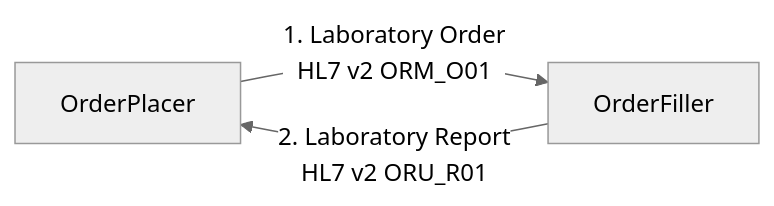
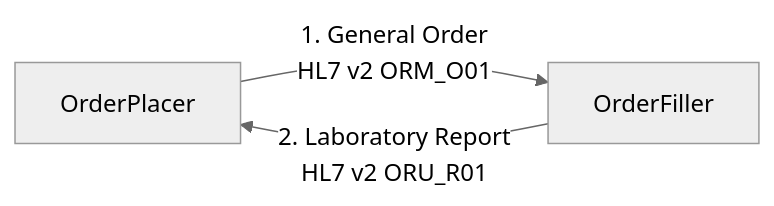
Before and after one commit to uk-gov-mirror/nw-gmsa.nw-gmsa.github.com: the first of 4 diagrams in input/pagecontent/index.md, drawn with Mermaid (neutral theme). The commit also changed other lines of this file, not shown here.

Commit message:
Changed supporting infor to Order Entry Questions

````diff
--- a/input/pagecontent/index.md
+++ b/input/pagecontent/index.md
@@ -14,5 +14,5 @@
 ```mermaid
 graph LR
-    OrderPlacer --> |1. Laboratory Order<br/>HL7 v2 ORM_O01| OrderFiller
+    OrderPlacer --> |1. General Order<br/>HL7 v2 ORM_O01| OrderFiller
     OrderFiller --> |2. Laboratory Report<br/>HL7 v2 ORU_R01| OrderPlacer  
 ```
````
